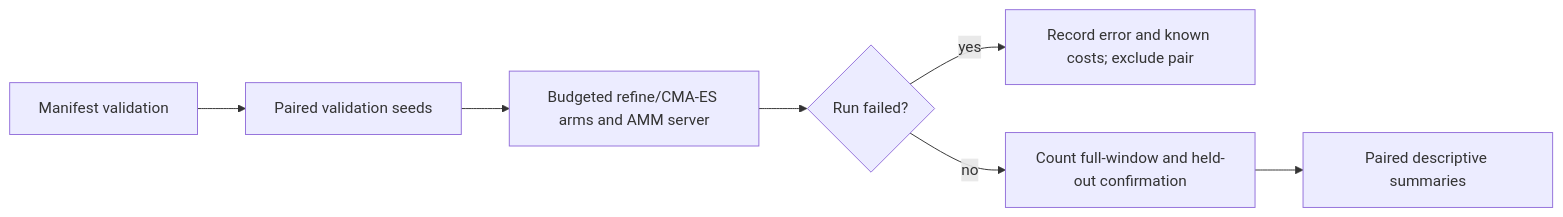
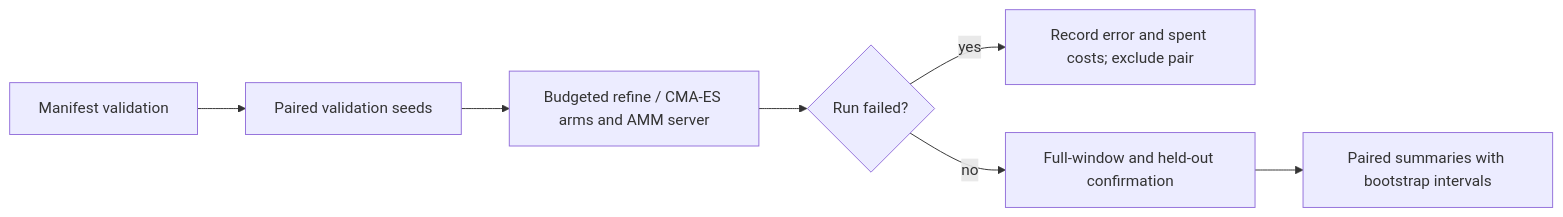
The diagram in docs/archive/pr-summaries/pr-summary-266.md (stSoftwareAU/NEAT-AI-Lamarck), drawn with Mermaid before and after one commit. The commit also changed other lines of this file, not shown here.

````diff
--- a/docs/archive/pr-summaries/pr-summary-266.md
+++ b/docs/archive/pr-summaries/pr-summary-266.md
@@ -61,9 +55,9 @@
 ```mermaid
 flowchart LR
     M[Manifest validation] --> V[Paired validation seeds]
-    V --> B[Budgeted refine/CMA-ES arms and AMM server]
+    V --> B[Budgeted refine / CMA-ES arms and AMM server]
     B --> F{Run failed?}
-    F -->|yes| E[Record error and known costs; exclude pair]
-    F -->|no| H[Count full-window and held-out confirmation]
-    H --> S[Paired descriptive summaries]
+    F -->|yes| E[Record error and spent costs; exclude pair]
+    F -->|no| H[Full-window and held-out confirmation]
+    H --> S[Paired summaries with bootstrap intervals]
 ```
````
